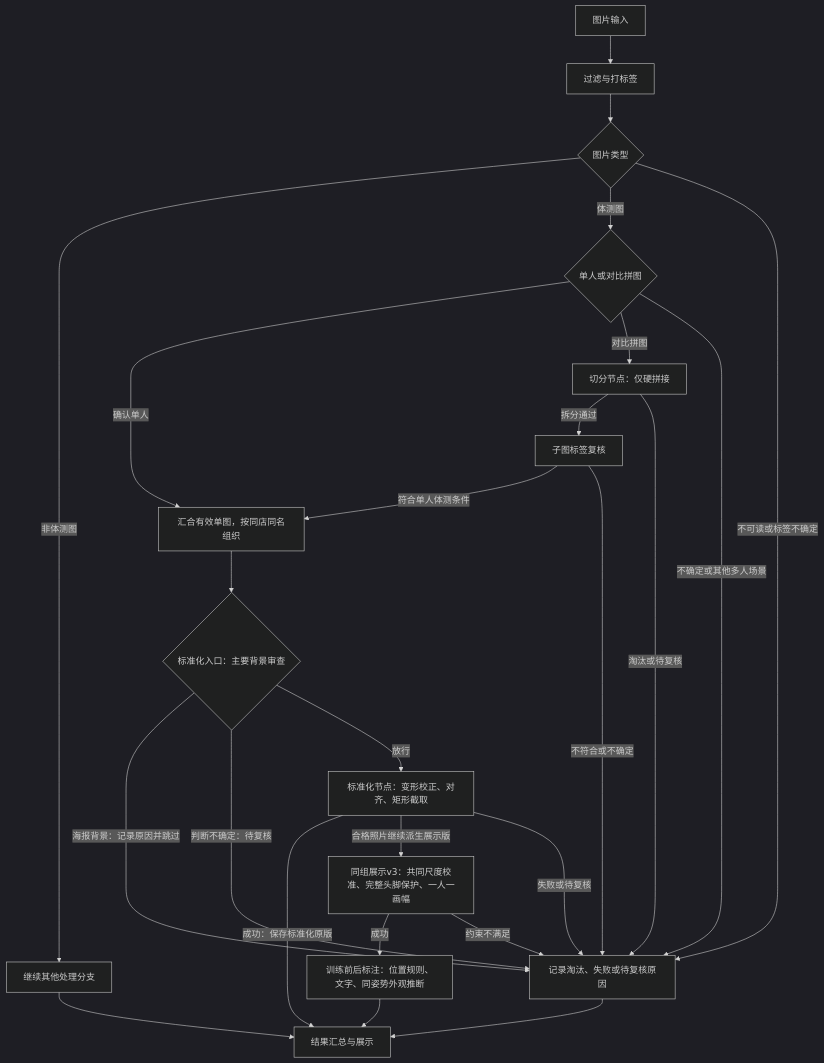
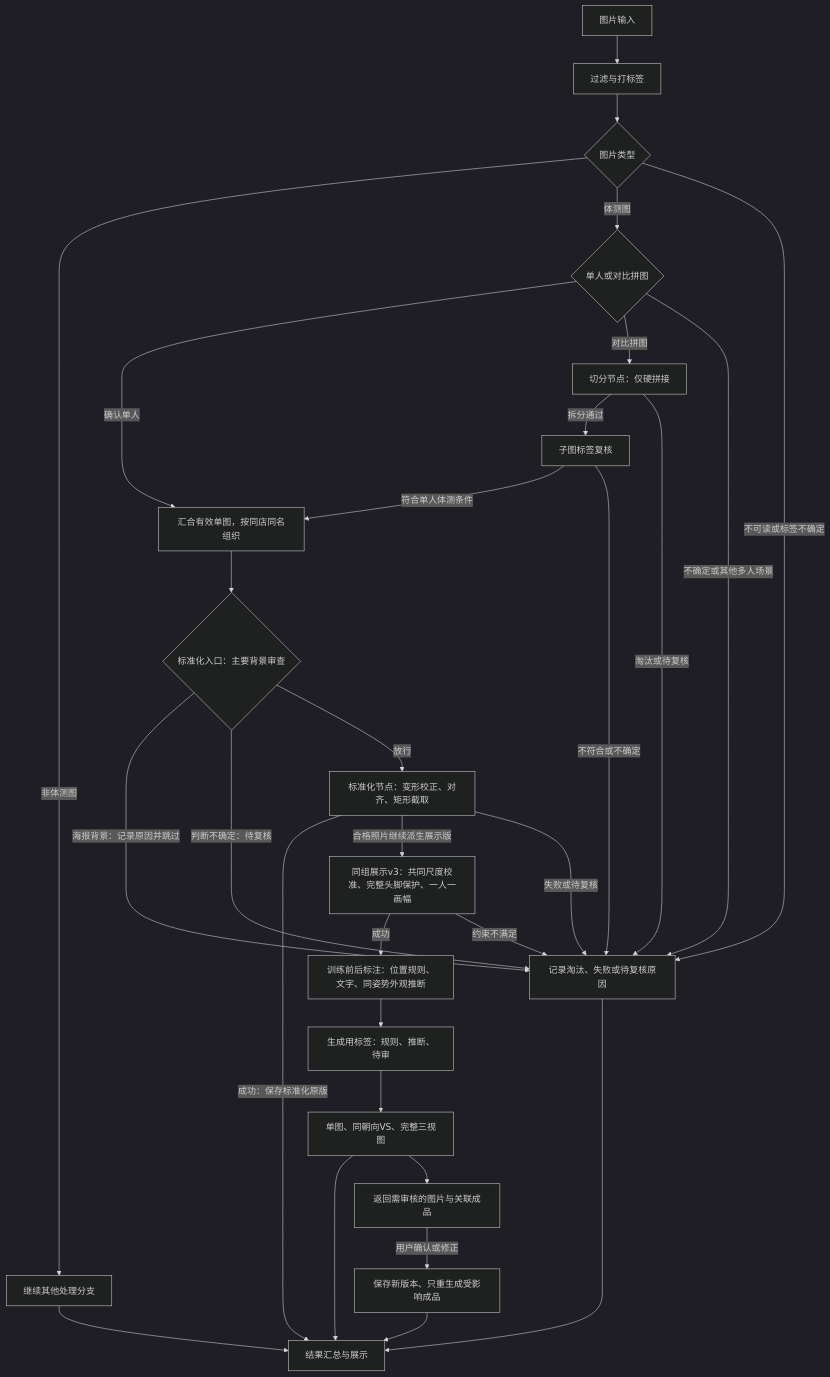
Before and after one commit to zmdo/smart-pos: the diagram in docs/workflows/body-scan-processing.md, drawn with Mermaid (dark theme). The commit also changed other lines of this file and 21 other files, not shown here.

````diff
--- a/docs/workflows/body-scan-processing.md
+++ b/docs/workflows/body-scan-processing.md
@@ -24,27 +24,32 @@
 ```mermaid
 flowchart TD
     A[图片输入] --> B[过滤与打标签]
     B --> C{图片类型}
     C -->|非体测图| O[继续其他处理分支]
     C -->|体测图| D{单人或对比拼图}
     C -->|不可读或标签不确定| X[记录淘汰、失败或待复核原因]
     D -->|确认单人| M[汇合有效单图，按同店同名组织]
     D -->|对比拼图| P[切分节点：仅硬拼接]
     D -->|不确定或其他多人场景| X
     P -->|拆分通过| F[子图标签复核]
     P -->|淘汰或待复核| X
     F -->|符合单人体测条件| M
     F -->|不符合或不确定| X
     M --> BGS{标准化入口：主要背景审查}
     BGS -->|海报背景：记录原因并跳过| X
     BGS -->|判断不确定：待复核| X
     BGS -->|放行| S[标准化节点：变形校正、对齐、矩形截取]
     S -->|成功：保存标准化原版| R[结果汇总与展示]
     S -->|合格照片继续派生展示版| G[同组展示v3：共同尺度校准、完整头脚保护、一人一画幅]
     G -->|成功| PH[训练前后标注：位置规则、文字、同姿势外观推断]
-    PH --> R
+    PH --> GL[生成用标签：规则、推断、待审]
+    GL --> OUT[单图、同朝向VS、完整三视图]
+    OUT --> R
+    OUT --> RV[返回需审核的图片与关联成品]
+    RV -->|用户确认或修正| RE[保存新版本、只重生成受影响成品]
+    RE --> R
     G -->|约束不满足| X
     S -->|失败或待复核| X
     O --> R
     X --> R
 ```
````
